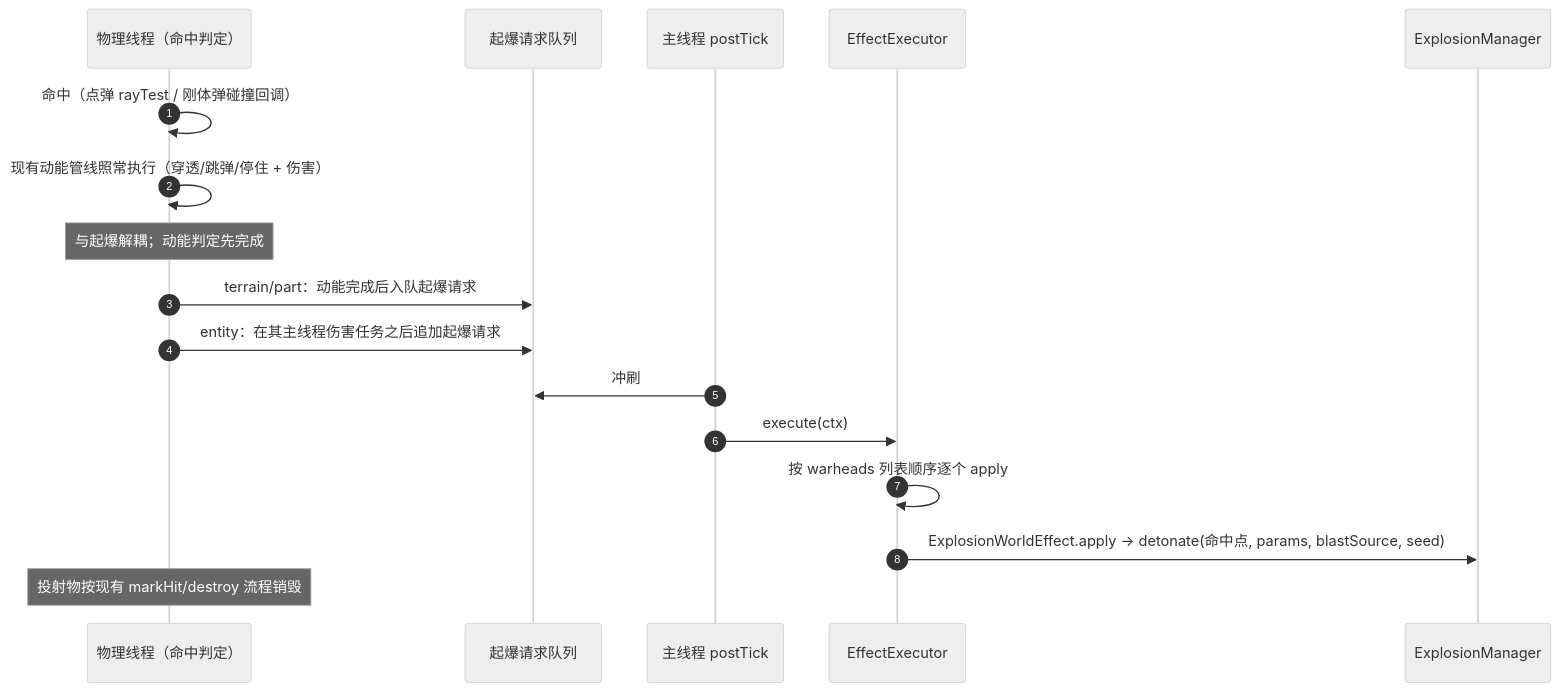
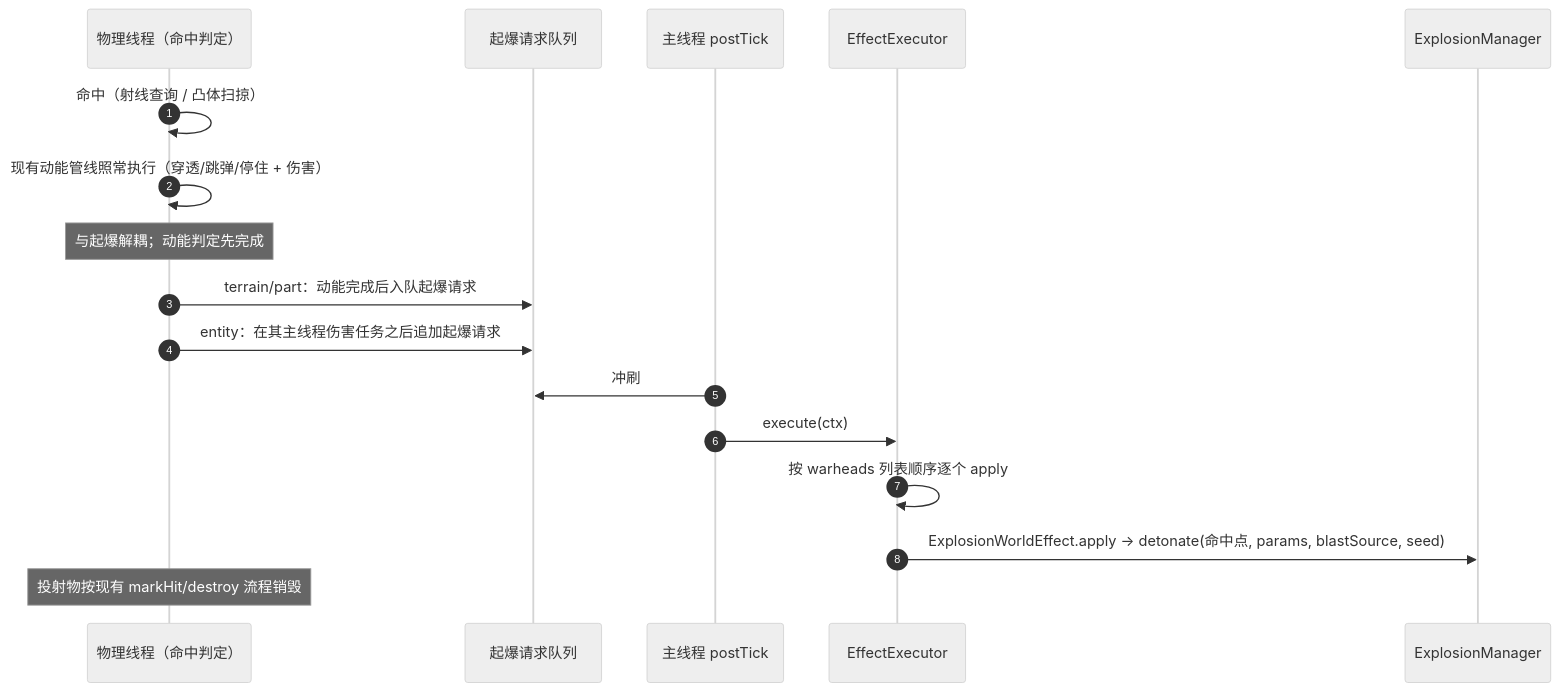
The diagram in docs/武器系统-碰炸引信与爆炸战斗部实现备忘.md (Sweetzonzi/Machine-Max), drawn with Mermaid (neutral theme) before and after one commit. The commit also changed other lines of this file and 10 other files, not shown here.

````diff
--- a/docs/武器系统-碰炸引信与爆炸战斗部实现备忘.md
+++ b/docs/武器系统-碰炸引信与爆炸战斗部实现备忘.md
@@ -156,20 +156,20 @@
 ```mermaid
 sequenceDiagram
     autonumber
     participant P as 物理线程（命中判定）
     participant Q as 起爆请求队列
     participant M as 主线程 postTick
     participant E as EffectExecutor
     participant X as ExplosionManager
 
-    P->>P: 命中（点弹 rayTest / 刚体弹碰撞回调）
+    P->>P: 命中（射线查询 / 凸体扫掠）
     P->>P: 现有动能管线照常执行（穿透/跳弹/停住 + 伤害）
     Note over P: 与起爆解耦；动能判定先完成
     P->>Q: terrain/part：动能完成后入队起爆请求
     P->>Q: entity：在其主线程伤害任务之后追加起爆请求
     M->>Q: 冲刷
     M->>E: execute(ctx)
     E->>E: 按 warheads 列表顺序逐个 apply
     E->>X: ExplosionWorldEffect.apply → detonate(命中点, params, blastSource, seed)
     Note over P: 投射物按现有 markHit/destroy 流程销毁
 ```
````
